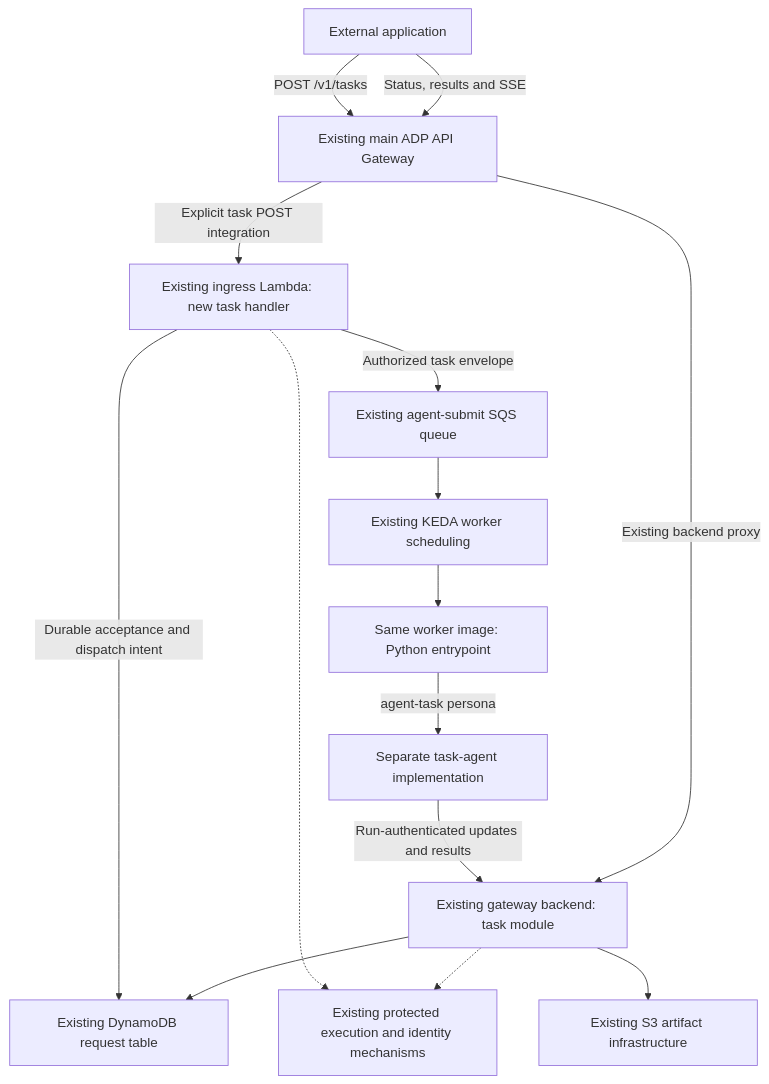
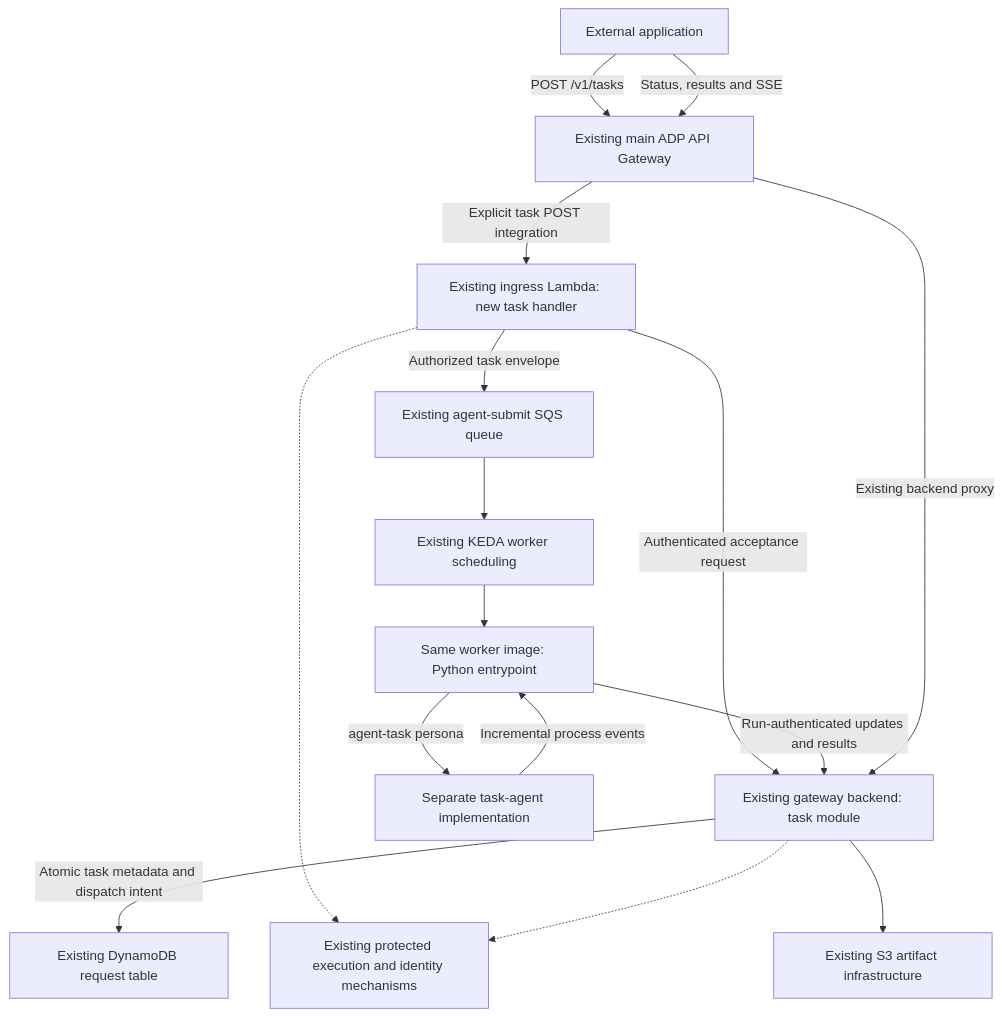
One commit to awslabs/agentic-developer-platform changed the diagram in docs/task-api/README.md. Above: the diagram before and after it, drawn with Mermaid. The commit also changed other lines of this file and 6 other files, not shown here.

````diff
--- a/docs/task-api/README.md
+++ b/docs/task-api/README.md
@@ -114,17 +115,18 @@
 ```mermaid
 flowchart TD
     External[External application] -->|POST /v1/tasks| API[Existing main ADP API Gateway]
     API -->|Explicit task POST integration| Lambda[Existing ingress Lambda: new task handler]
-    Lambda -->|Durable acceptance and dispatch intent| Store[Existing DynamoDB request table]
+    Lambda -->|Authenticated acceptance request| Backend[Existing gateway backend: task module]
+    Backend -->|Atomic task metadata and dispatch intent| Store[Existing DynamoDB request table]
     Lambda -->|Authorized task envelope| Queue[Existing agent-submit SQS queue]
     Queue --> KEDA[Existing KEDA worker scheduling]
     KEDA --> Host[Same worker image: Python entrypoint]
     Host -->|agent-task persona| Agent[Separate task-agent implementation]
-    Agent -->|Run-authenticated updates and results| Backend[Existing gateway backend: task module]
-    Backend --> Store
+    Agent -->|Incremental process events| Host
+    Host -->|Run-authenticated updates and results| Backend
     External -->|Status, results and SSE| API
     API -->|Existing backend proxy| Backend
     Lambda -.-> Authority[Existing protected execution and identity mechanisms]
     Backend -.-> Authority
     Backend --> Artifacts[Existing S3 artifact infrastructure]
 ```
````
